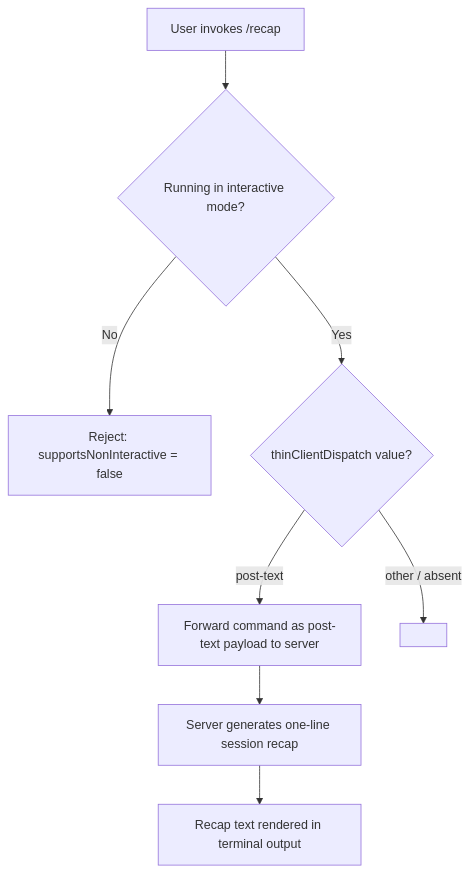
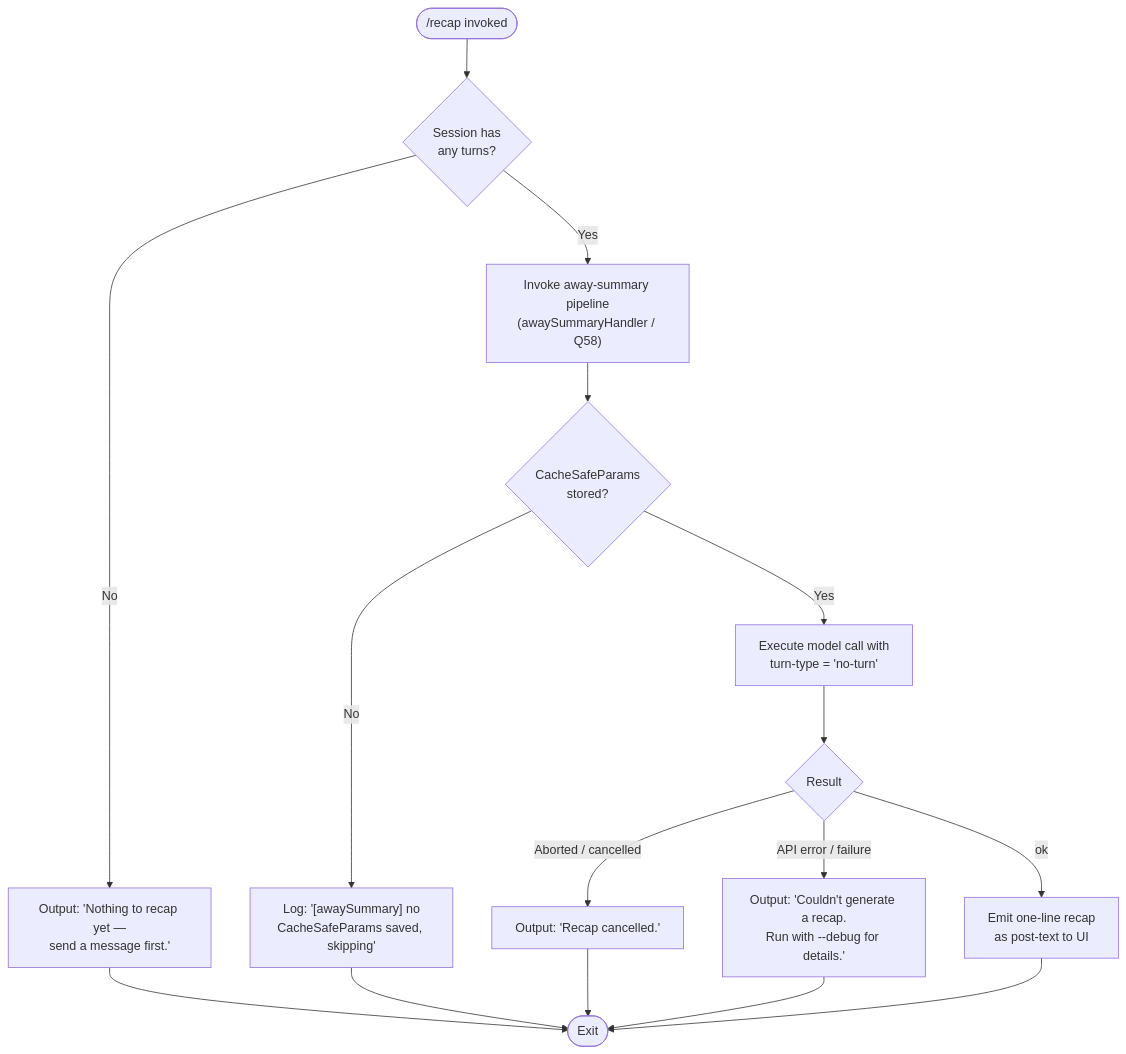
Before and after one commit to MyLittleLuckyDog/cc-gnothi: the diagram in versions/v2.1.154/recap.md, drawn with Mermaid. The commit also changed other lines of this file and 593 other files, not shown here.

````diff
--- a/versions/v2.1.154/recap.md
+++ b/versions/v2.1.154/recap.md
@@ -47,10 +58,18 @@
 ```mermaid
 flowchart TD
-    A[User invokes /recap] --> B{Running in interactive mode?}
-    B -- No --> C[Reject: supportsNonInteractive = false]
-    B -- Yes --> D{thinClientDispatch value?}
-    D -- post-text --> E[Forward command as post-text payload to server]
-    E --> F[Server generates one-line session recap]
-    F --> G[Recap text rendered in terminal output]
-    D -- other / absent --> H[<!-- TODO: not found in depth-2 traversal; needs --depth 4 -->]
+    A(["/recap invoked"]) --> B{Session has\nany turns?}
+    B -- No --> C["Output: 'Nothing to recap yet —\nsend a message first.'"]
+    C --> Z([Exit])
+    B -- Yes --> D["Invoke away-summary pipeline\n(awaySummaryHandler / Q58)"]
+    D --> E{CacheSafeParams\nstored?}
+    E -- No --> F["Log: '[awaySummary] no\nCacheSafeParams saved, skipping'"]
+    F --> Z
+    E -- Yes --> G["Execute model call with\nturn-type = 'no-turn'"]
+    G --> H{Result}
+    H -- "Aborted / cancelled" --> I["Output: 'Recap cancelled.'"]
+    I --> Z
+    H -- "API error / failure" --> J["Output: 'Couldn't generate a recap.\nRun with --debug for details.'"]
+    J --> Z
+    H -- "ok" --> K["Emit one-line recap\nas post-text to UI"]
+    K --> Z
 ```
````
